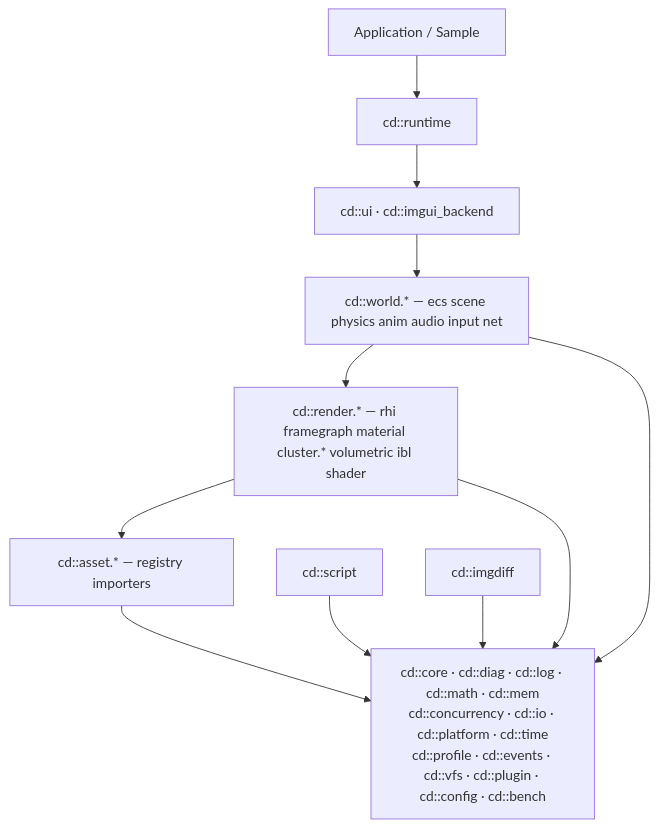
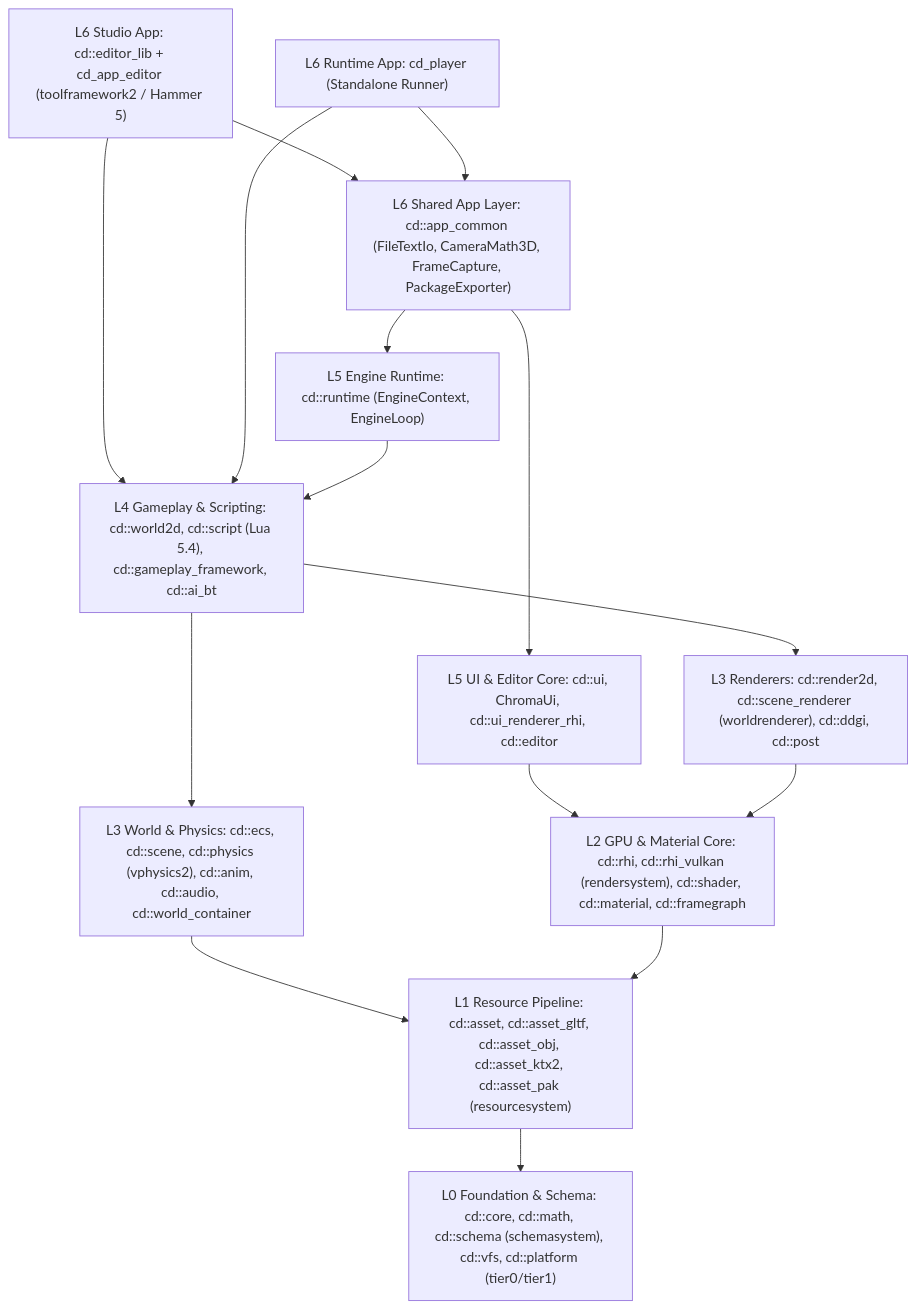
The diagram in docs/ARCHITECTURE.md (RageLog/CHROMODYNAMIC_ENGINE), drawn with Mermaid before and after one commit. The commit also changed other lines of this file and 102 other files, not shown here.

Commit message:
feat: initialize core engine architecture, 2D renderer, editor workspace, and apps

````diff
--- a/docs/ARCHITECTURE.md
+++ b/docs/ARCHITECTURE.md
@@ -78,23 +14,29 @@
 ```mermaid
-graph TD
-    App[Application / Sample]
-    Runtime[cd::runtime]
-    UI[cd::ui · cd::imgui_backend]
-    World[cd::world.* — ecs scene physics anim audio input net]
-    Render[cd::render.* — rhi framegraph material cluster.* volumetric ibl shader]
-    Asset[cd::asset.* — registry importers]
-    Script[cd::script]
-    ImgDiff[cd::imgdiff]
-    Foundation[cd::core · cd::diag · cd::log · cd::math · cd::mem<br/>cd::concurrency · cd::io · cd::platform · cd::time<br/>cd::profile · cd::events · cd::vfs · cd::plugin · cd::config · cd::bench]
+flowchart TD
+    L6_ED["L6 Studio App: cd::editor_lib + cd_app_editor (toolframework2 / Hammer 5)"]
+    L6_PL["L6 Runtime App: cd_player (Standalone Runner)"]
+    L6_CM["L6 Shared App Layer: cd::app_common (FileTextIo, CameraMath3D, FrameCapture, PackageExporter)"]
+    L5_UI["L5 UI & Editor Core: cd::ui, ChromaUi, cd::ui_renderer_rhi, cd::editor"]
+    L5_RT["L5 Engine Runtime: cd::runtime (EngineContext, EngineLoop)"]
+    L4_GM["L4 Gameplay & Scripting: cd::world2d, cd::script (Lua 5.4), cd::gameplay_framework, cd::ai_bt"]
+    L3_WR["L3 World & Physics: cd::ecs, cd::scene, cd::physics (vphysics2), cd::anim, cd::audio, cd::world_container"]
+    L3_RD["L3 Renderers: cd::render2d, cd::scene_renderer (worldrenderer), cd::ddgi, cd::post"]
+    L2_RH["L2 GPU & Material Core: cd::rhi, cd::rhi_vulkan (rendersystem), cd::shader, cd::material, cd::framegraph"]
+    L1_AS["L1 Resource Pipeline: cd::asset, cd::asset_gltf, cd::asset_obj, cd::asset_ktx2, cd::asset_pak (resourcesystem)"]
+    L0_FD["L0 Foundation & Schema: cd::core, cd::math, cd::schema (schemasystem), cd::vfs, cd::platform (tier0/tier1)"]
 
-    App --> Runtime
-    Runtime --> UI
-    UI --> World
-    World --> Render
-    Render --> Asset
-    Asset --> Foundation
-    Script --> Foundation
-    ImgDiff --> Foundation
-    World --> Foundation
-    Render --> Foundation
+    L6_ED --> L6_CM
+    L6_PL --> L6_CM
+    L6_CM --> L5_UI
+    L6_CM --> L5_RT
+    L6_ED --> L4_GM
+    L6_PL --> L4_GM
+    L5_UI --> L2_RH
+    L5_RT --> L4_GM
+    L4_GM --> L3_WR
+    L4_GM --> L3_RD
+    L3_WR --> L1_AS
+    L3_RD --> L2_RH
+    L2_RH --> L1_AS
+    L1_AS --> L0_FD
 ```
````
